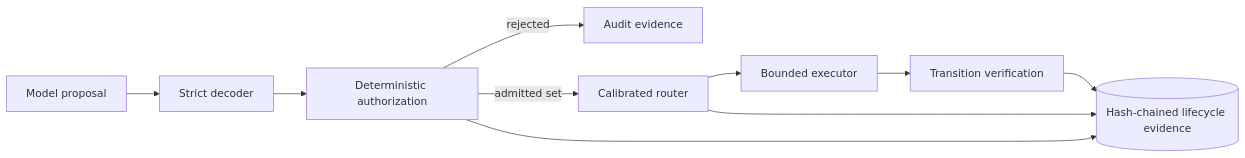
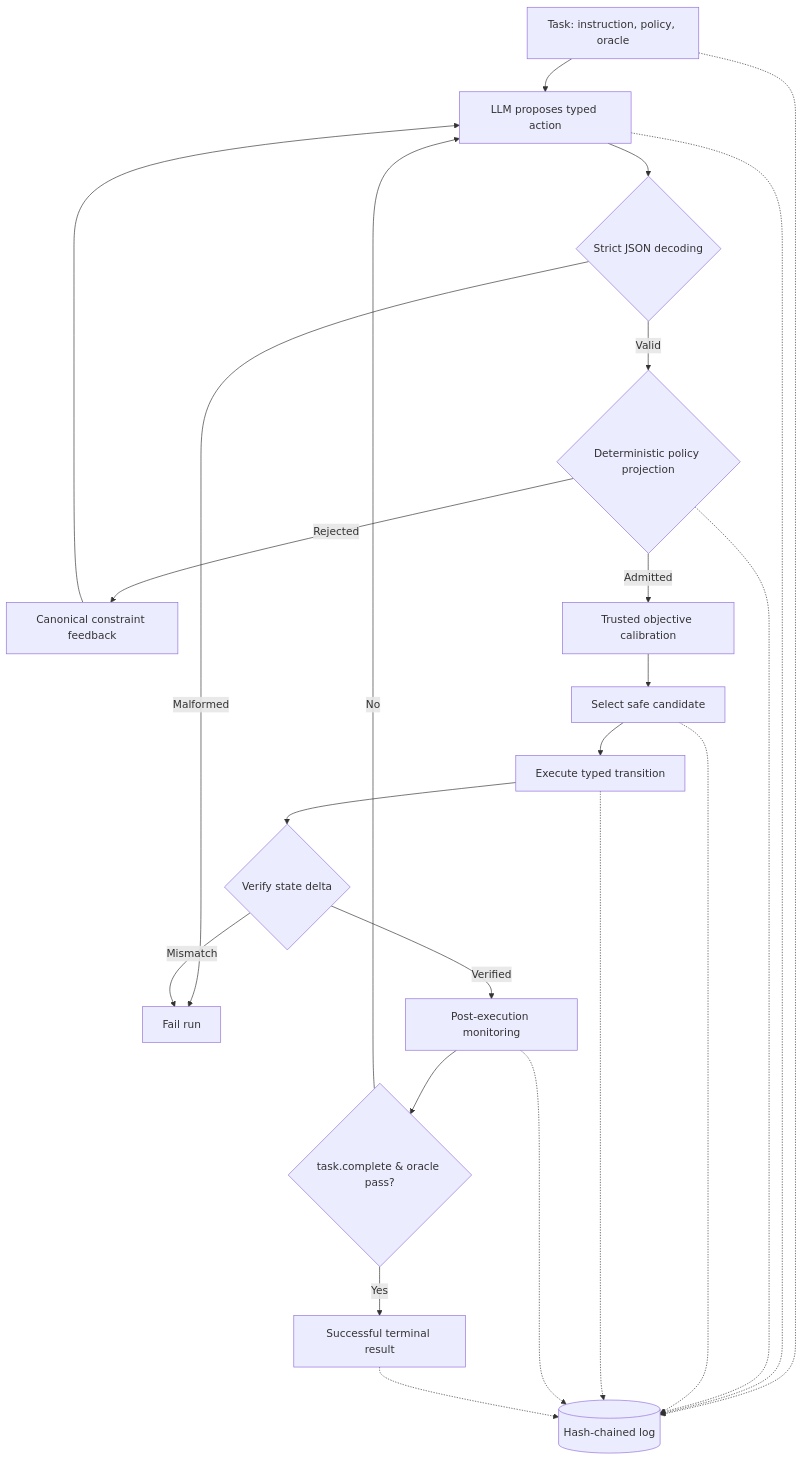
One commit to darshgarg7/Bouncer changed the diagram in README.md. Above: the diagram before and after it, drawn with Mermaid. The commit also changed other lines of this file and 17 other files, not shown here.

````diff
--- a/README.md
+++ b/README.md
@@ -51,12 +45,20 @@
 ```mermaid
-flowchart LR
-    M["Model proposal"] --> D["Strict decoder"]
-    D --> P["Deterministic authorization"]
-    P -->|"rejected"| A["Audit evidence"]
-    P -->|"admitted set"| R["Calibrated router"]
-    R --> E["Bounded executor"]
-    E --> V["Transition verification"]
-    V --> L[("Hash-chained lifecycle evidence")]
-    P --> L
-    R --> L
+flowchart TD
+    T["Task: instruction, policy, oracle"] --> P["LLM proposes typed action"]
+    P --> D{"Strict JSON decoding"}
+    D -->|"Malformed"| E["Fail run"]
+    D -->|"Valid"| A{"Deterministic policy projection"}
+    A -->|"Rejected"| F["Canonical constraint feedback"]
+    F --> P
+    A -->|"Admitted"| C["Trusted objective calibration"]
+    C --> R["Select safe candidate"]
+    R --> X["Execute typed transition"]
+    X --> V{"Verify state delta"}
+    V -->|"Mismatch"| E
+    V -->|"Verified"| M["Post-execution monitoring"]
+    M --> O{"task.complete & oracle pass?"}
+    O -->|"No"| P
+    O -->|"Yes"| S["Successful terminal result"]
+    T -.-> L[("Hash-chained log")]
+    P & A & R & X & M & S -.-> L
 ```
````
